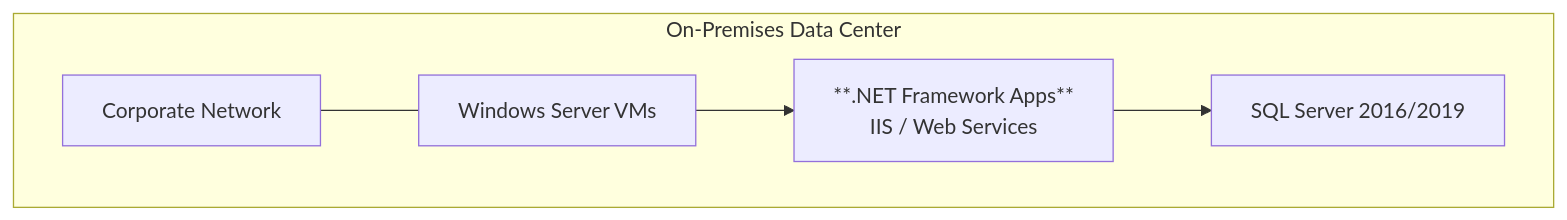
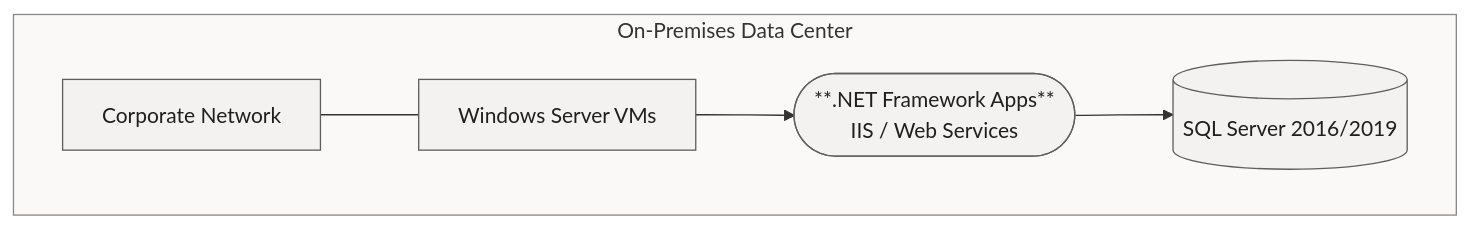
The diagram in site/src/content/docs/strategy/index.md (jonathan-vella/build-test), drawn with Mermaid before and after one commit. The commit also changed 11 other files, not shown here.

````diff
--- a/site/src/content/docs/strategy/index.md
+++ b/site/src/content/docs/strategy/index.md
@@ -29,12 +29,14 @@
 ```mermaid
 graph TB
-  subgraph "On-Premises Data Center"
-    VM1["Windows Server VMs"]
-    APP["**.NET Framework Apps**<br/>IIS / Web Services"]
-    SQL["SQL Server 2016/2019"]
-    NET["Corporate Network"]
+  classDef onprem fill:#f3f2f1,stroke:#605e5c,color:#201f1e
+  subgraph dc["On-Premises Data Center"]
+    VM1["Windows Server VMs"]:::onprem
+    APP(["**.NET Framework Apps**<br/>IIS / Web Services"]):::onprem
+    SQL[("SQL Server 2016/2019")]:::onprem
+    NET["Corporate Network"]:::onprem
   end
   VM1 --> APP
   APP --> SQL
   NET --- VM1
+  style dc fill:#faf9f8,stroke:#8a8886
 ```
````
